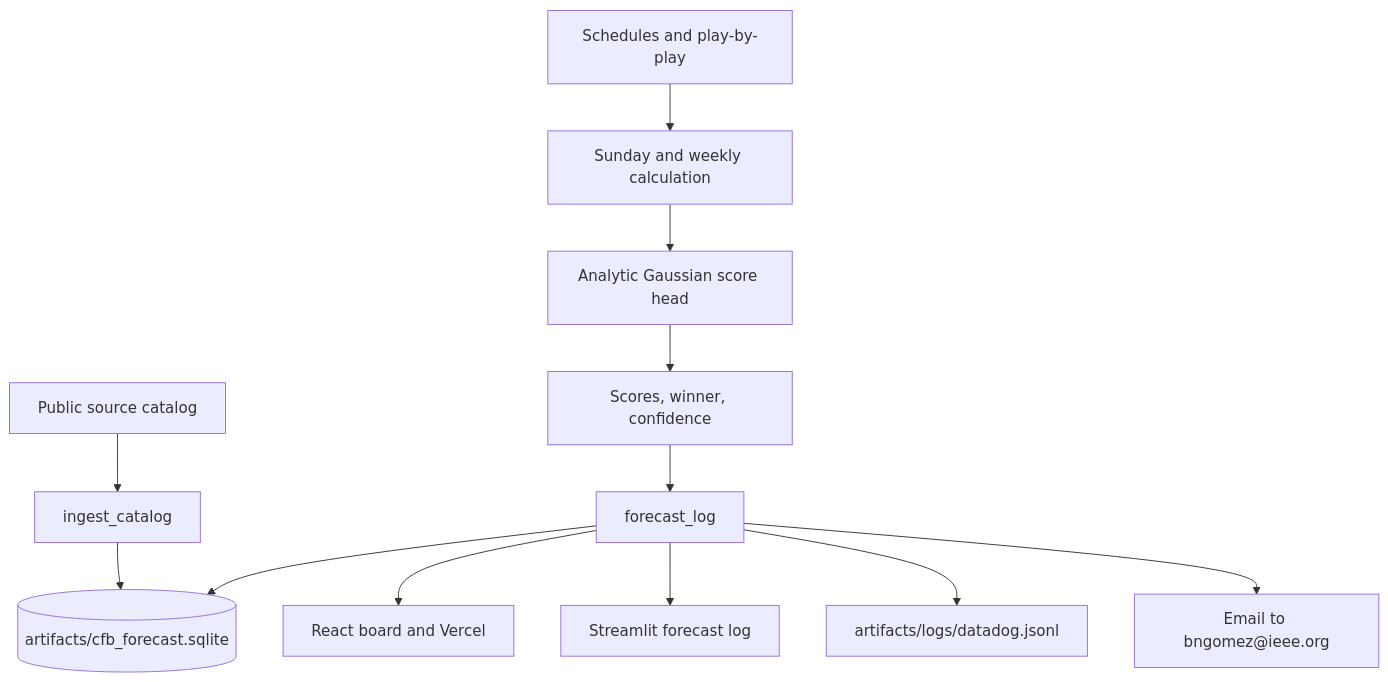
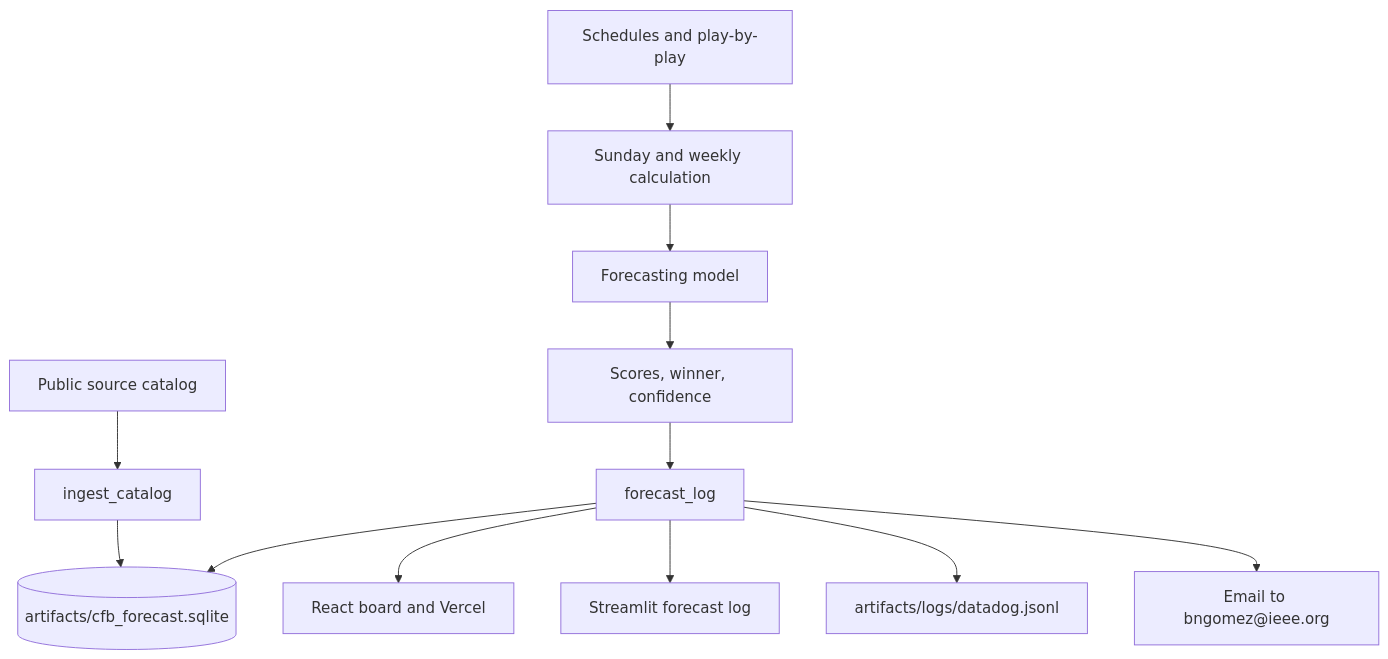
The first of 3 diagrams in README.md (bngomez98/cfb-forecast), drawn with Mermaid before and after one commit. The commit also changed other lines of this file and 15 other files, not shown here.

First line of the commit message:
Add one forecasting model for scores, outcomes, and spreads.

````diff
--- a/README.md
+++ b/README.md
@@ -38,14 +38,14 @@
 ```mermaid
 flowchart TD
   sources[Public source catalog] --> ingest[ingest_catalog]
   schedules[Schedules and play-by-play] --> sunday[Sunday and weekly calculation]
   ingest --> sqlite[(artifacts/cfb_forecast.sqlite)]
-  sunday --> head[Analytic Gaussian score head]
+  sunday --> head[Forecasting model]
   head --> board[Scores, winner, confidence]
   board --> log[forecast_log]
   log --> sqlite
   log --> react[React board and Vercel]
   log --> streamlit[Streamlit forecast log]
   log --> datadog[artifacts/logs/datadog.jsonl]
   log --> mail[Email to bngomez@ieee.org]
 ```
````
